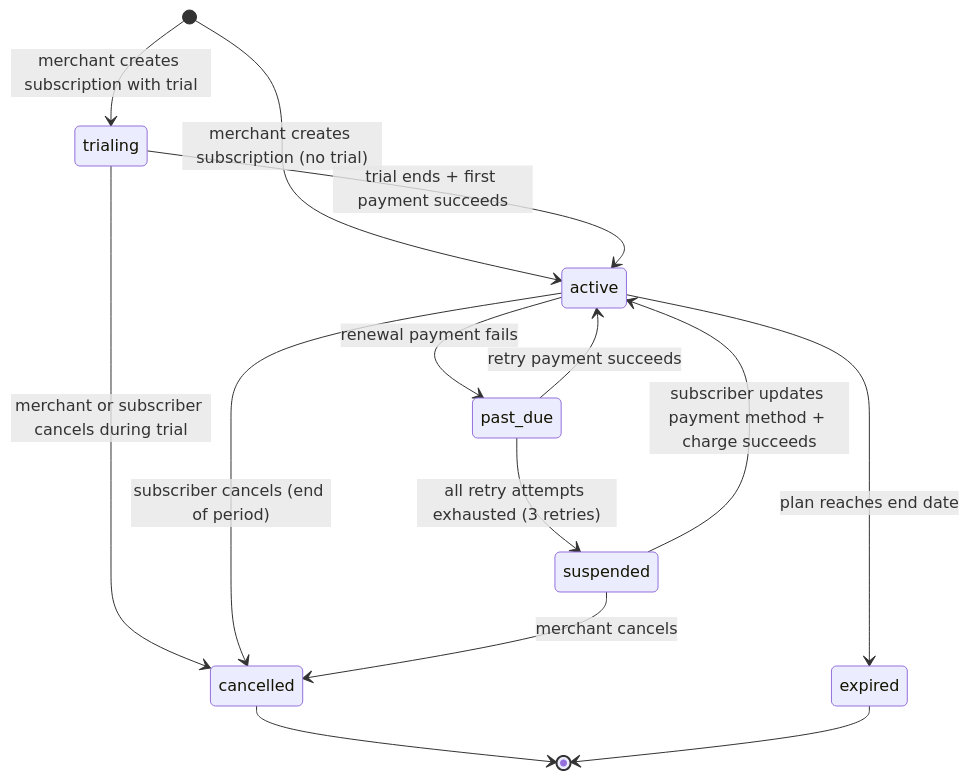
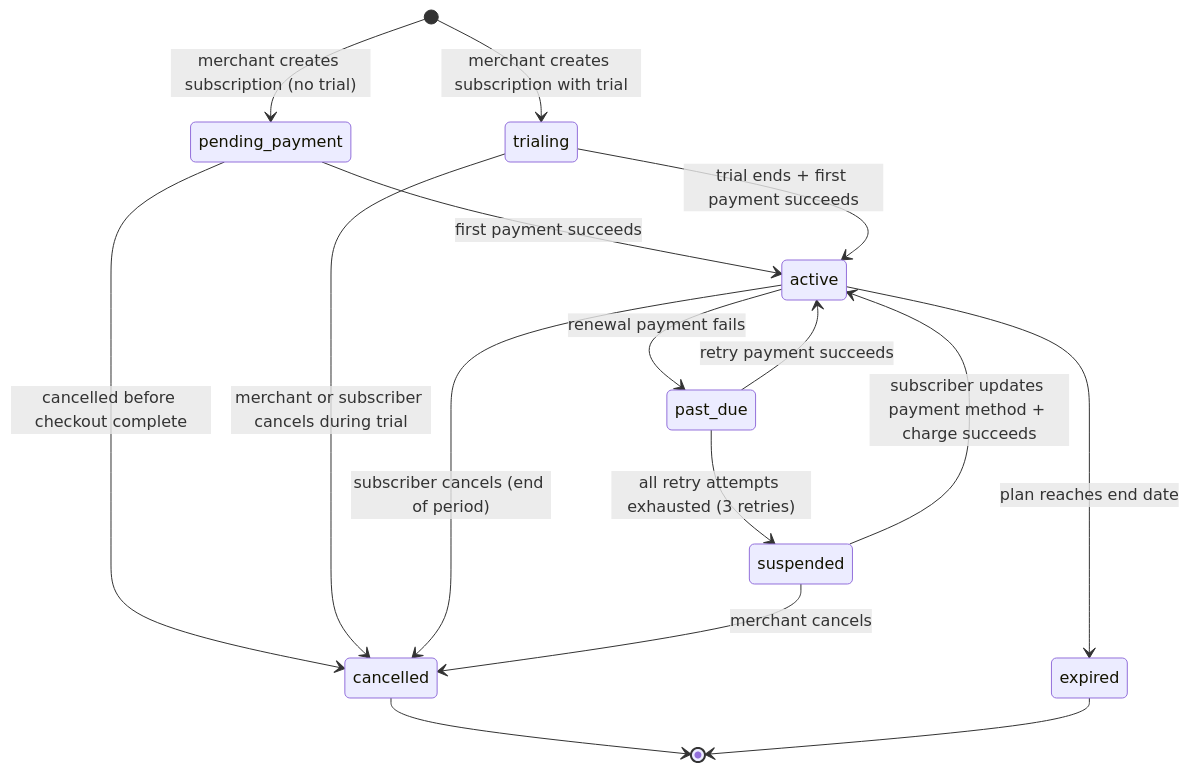
The diagram in docs/billing_states.md (adr1en360/Cadence), drawn with Mermaid before and after one commit. The commit also changed other lines of this file and 26 other files, not shown here.

````diff
--- a/docs/billing_states.md
+++ b/docs/billing_states.md
@@ -5,21 +5,24 @@
 ```mermaid
 stateDiagram-v2
+    [*] --> pending_payment: merchant creates subscription (no trial)
     [*] --> trialing: merchant creates subscription with trial
-    [*] --> active: merchant creates subscription (no trial)
+    
+    pending_payment --> active: first payment succeeds
+    pending_payment --> cancelled: cancelled before checkout complete
     
     trialing --> active: trial ends + first payment succeeds
     trialing --> cancelled: merchant or subscriber cancels during trial
     
     active --> past_due: renewal payment fails
     active --> cancelled: subscriber cancels (end of period)
     active --> expired: plan reaches end date
     
     past_due --> active: retry payment succeeds
     past_due --> suspended: all retry attempts exhausted (3 retries)
     
     suspended --> active: subscriber updates payment method + charge succeeds
     suspended --> cancelled: merchant cancels
     
     cancelled --> [*]
     expired --> [*]
 ```
````
